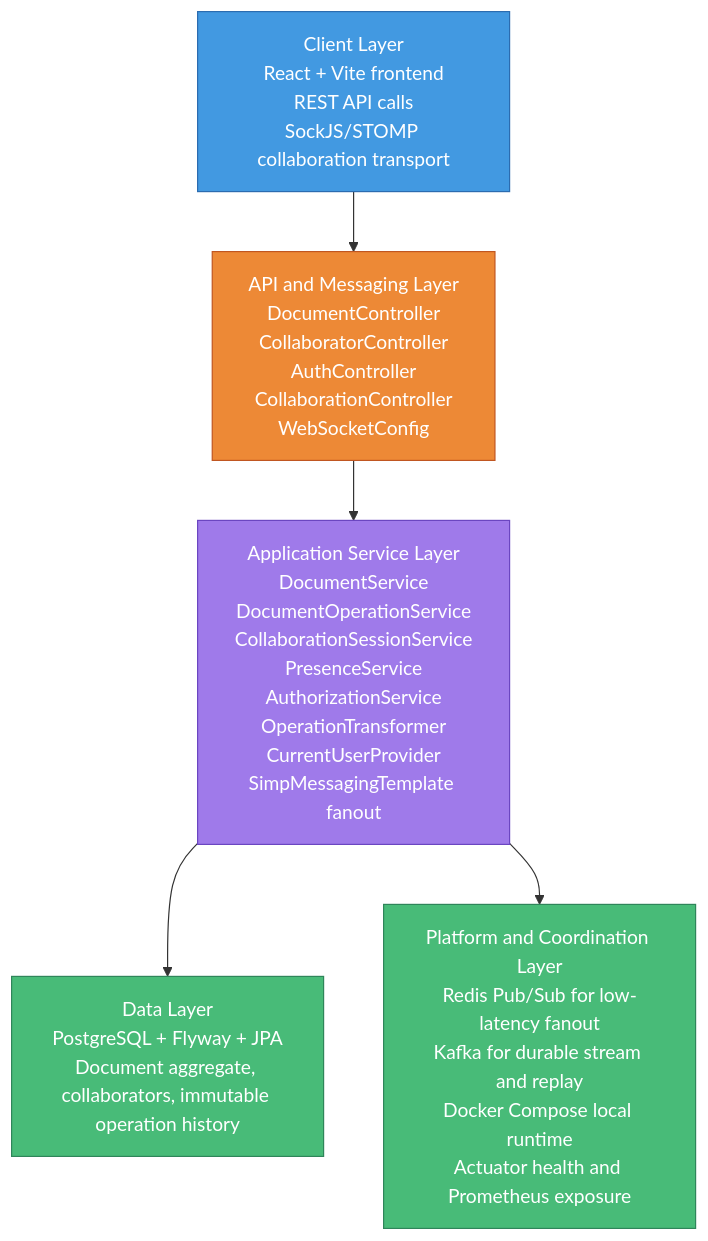
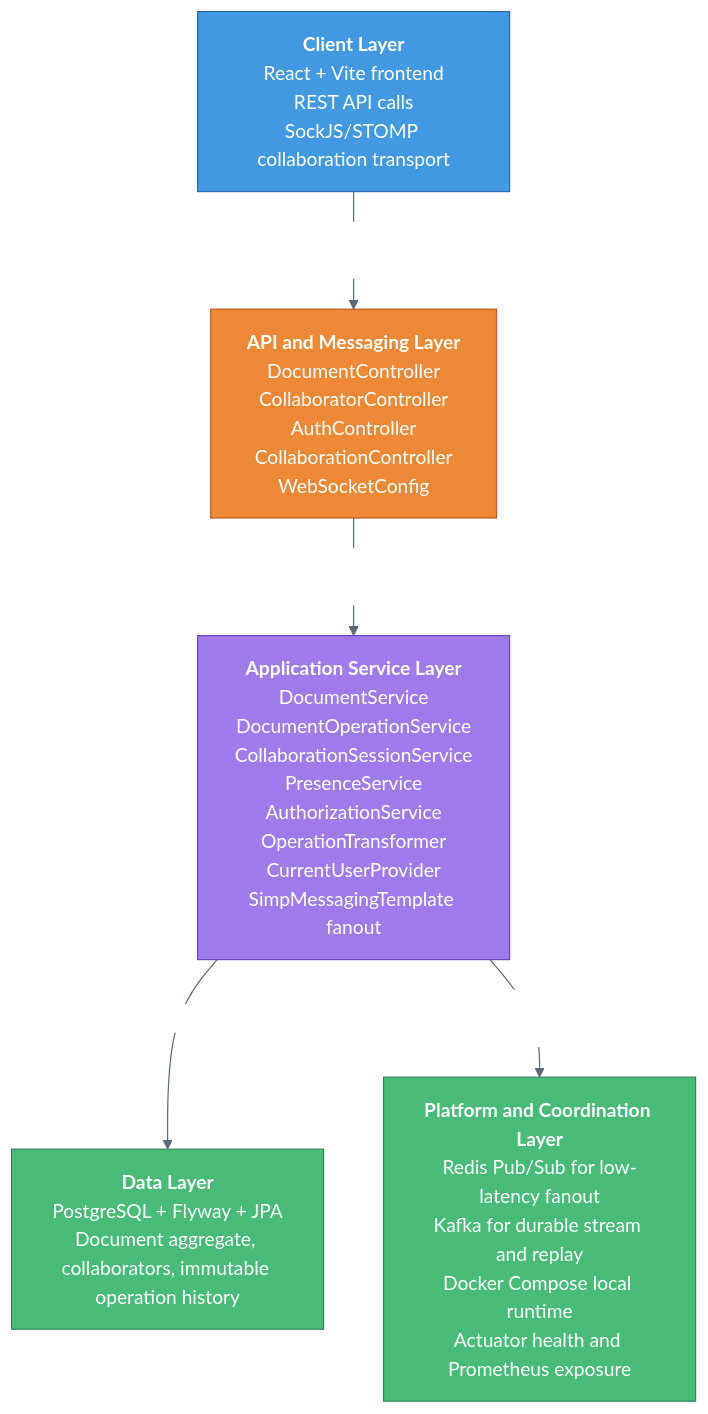
Before and after one commit to Weilei424/collaborative-doc-engine: the second of 2 diagrams in README.md, drawn with Mermaid. The commit also changed other lines of this file, not shown here.

Commit message:
update mermaid diagrams formatting

````diff
--- a/README.md
+++ b/README.md
@@ -106,22 +115,32 @@
 ```mermaid
+%%{init: {
+  'theme': 'base',
+  'themeVariables': {
+    'primaryTextColor': '#ffffff',
+    'lineColor': '#5b6875',
+    'edgeLabelBackground': '#ffffff'
+  },
+  'themeCSS': '.edgeLabel rect { fill: #ffffff !important; opacity: 1 !important; } .edgeLabel span, .edgeLabel p, .edgeLabel foreignObject { color: #111111 !important; }'
+}}%%
 flowchart TB
-    Client[Client Layer<br/>React + Vite frontend<br/>REST API calls<br/>SockJS/STOMP collaboration transport]
-    API[API and Messaging Layer<br/>DocumentController<br/>CollaboratorController<br/>AuthController<br/>CollaborationController<br/>WebSocketConfig]
-    App[Application Service Layer<br/>DocumentService<br/>DocumentOperationService<br/>CollaborationSessionService<br/>PresenceService<br/>AuthorizationService<br/>OperationTransformer<br/>CurrentUserProvider<br/>SimpMessagingTemplate fanout]
-    Data[Data Layer<br/>PostgreSQL + Flyway + JPA<br/>Document aggregate, collaborators, immutable operation history]
-    Platform[Platform and Coordination Layer<br/>Redis Pub/Sub for low-latency fanout<br/>Kafka for durable stream and replay<br/>Docker Compose local runtime<br/>Actuator health and Prometheus exposure]
+    Client["<b>Client Layer</b><br/>React + Vite frontend<br/>REST API calls<br/>SockJS/STOMP collaboration transport"]
+    API["<b>API and Messaging Layer</b><br/>DocumentController<br/>CollaboratorController<br/>AuthController<br/>CollaborationController<br/>WebSocketConfig"]
+    App["<b>Application Service Layer</b><br/>DocumentService<br/>DocumentOperationService<br/>CollaborationSessionService<br/>PresenceService<br/>AuthorizationService<br/>OperationTransformer<br/>CurrentUserProvider<br/>SimpMessagingTemplate fanout"]
+    Data["<b>Data Layer</b><br/>PostgreSQL + Flyway + JPA<br/>Document aggregate, collaborators, immutable operation history"]
+    Platform["<b>Platform and Coordination Layer</b><br/>Redis Pub/Sub for low-latency fanout<br/>Kafka for durable stream and replay<br/>Docker Compose local runtime<br/>Actuator health and Prometheus exposure"]
 
-    Client --> API --> App
-    App --> Data
-    App --> Platform
+    Client -->|REST and WebSocket ingress| API
+    API -->|invoke services and authorization| App
+    App -->|durable state| Data
+    App -->|fanout, streaming, runtime coordination| Platform
 
     classDef data fill:#4299e1,stroke:#2b6cb0,color:#ffffff;
     classDef process fill:#ed8936,stroke:#c05621,color:#ffffff;
     classDef service fill:#9f7aea,stroke:#6b46c1,color:#ffffff;
     classDef durable fill:#48bb78,stroke:#2f855a,color:#ffffff;
 
     class Client data;
     class API process;
     class App service;
     class Data,Platform durable;
 ```
````
